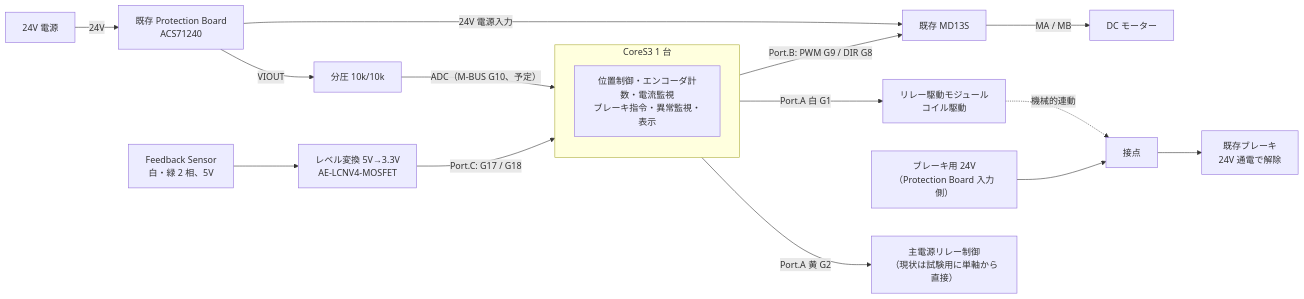
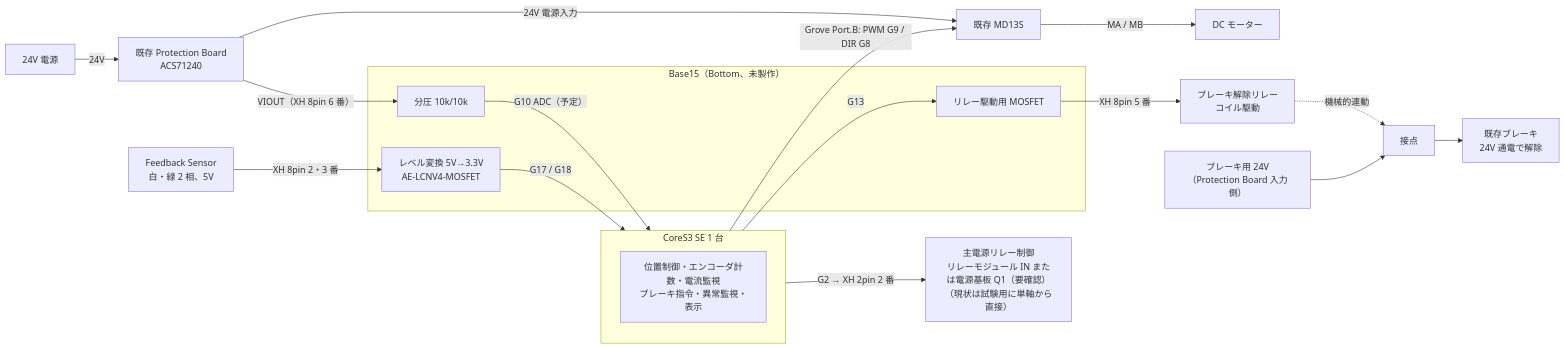
One commit to TakuroFukamizu/dof-reality-h3-custom-controller changed the second of 2 diagrams in docs/cores3-controller/README.md. Above: the diagram before and after it, drawn with Mermaid. The commit also changed other lines of this file and 15 other files, not shown here.

First line of the commit message:
Bottom を DIN Base から Base15 に変更し、ブレーキ解除リレーを G13、VIOUT を G10 に割り当てる

````diff
--- a/docs/cores3-controller/README.md
+++ b/docs/cores3-controller/README.md
@@ -46,16 +46,21 @@
 ```mermaid
 flowchart LR
-    subgraph CORE[CoreS3 1 台]
+    subgraph CORE[CoreS3 SE 1 台]
         FW[位置制御・エンコーダ計数・電流監視<br/>ブレーキ指令・異常監視・表示]
+    end
+    subgraph BASE[Base15（Bottom、未製作）]
+        DIV[分圧 10k/10k]
+        LS[レベル変換 5V→3.3V<br/>AE-LCNV4-MOSFET]
+        FET[リレー駆動用 MOSFET]
     end
     P24[24V 電源] -- 24V --> PB[既存 Protection Board<br/>ACS71240]
     PB -- "24V 電源入力" --> MD[既存 MD13S]
     MD -- "MA / MB" --> MOT[DC モーター]
-    CORE -- "Port.B: PWM G9 / DIR G8" --> MD
-    PB -- VIOUT --> DIV[分圧 10k/10k] -- "ADC（M-BUS G10、予定）" --> CORE
-    ENC[Feedback Sensor<br/>白・緑 2 相、5V] --> LS[レベル変換 5V→3.3V<br/>AE-LCNV4-MOSFET] -- "Port.C: G17 / G18" --> CORE
-    CORE -- "Port.A 白 G1" --> RLY[リレー駆動モジュール<br/>コイル駆動]
+    CORE -- "Grove Port.B: PWM G9 / DIR G8" --> MD
+    PB -- "VIOUT（XH 8pin 6 番）" --> DIV -- "G10 ADC（予定）" --> CORE
+    ENC[Feedback Sensor<br/>白・緑 2 相、5V] -- "XH 8pin 2・3 番" --> LS -- "G17 / G18" --> CORE
+    CORE -- G13 --> FET -- "XH 8pin 5 番" --> RLY[ブレーキ解除リレー<br/>コイル駆動]
     RLY -. 機械的連動 .-> CT[接点]
     B24[ブレーキ用 24V<br/>（Protection Board 入力側）] --> CT --> BRK[既存ブレーキ<br/>24V 通電で解除]
-    CORE -- "Port.A 黄 G2" --> MAIN[主電源リレー制御<br/>（現状は試験用に単軸から直接）]
+    CORE -- "G2 → XH 2pin 2 番" --> MAIN[主電源リレー制御<br/>リレーモジュール IN または電源基板 Q1（要確認）<br/>（現状は試験用に単軸から直接）]
 ```
````
